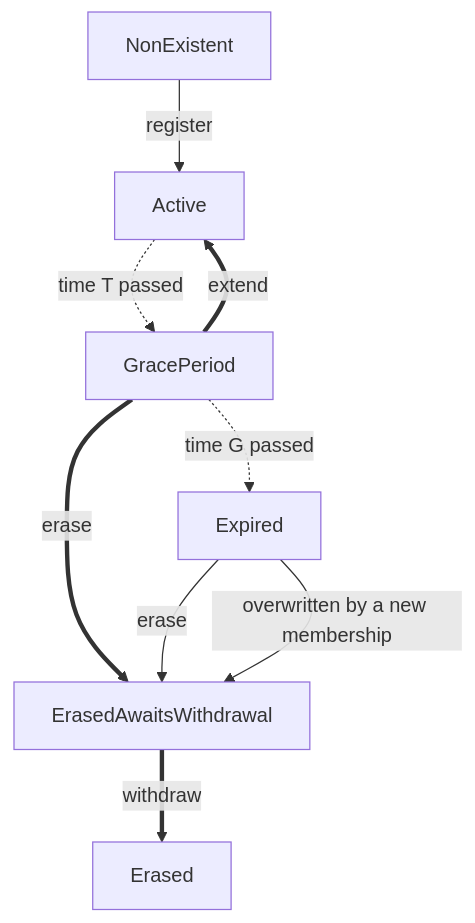
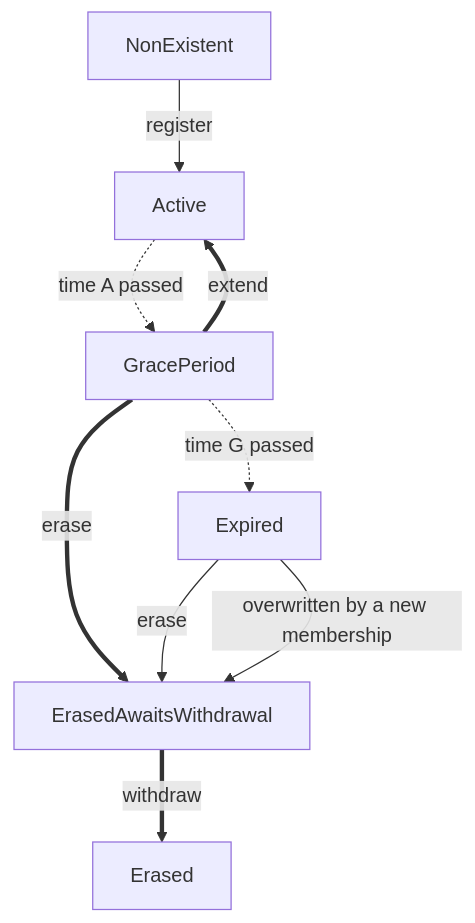
Before and after one commit to waku-org/specs: the diagram in standards/core/rln-contract.md, drawn with Mermaid. The commit also changed other lines of this file, not shown here.

Commit message:
retain remaining grace period time on membership extention

````diff
--- a/standards/core/rln-contract.md
+++ b/standards/core/rln-contract.md
@@ -90,12 +90,12 @@
 ```mermaid
 graph TD;
     NonExistent --> |"register"| Active;
-    Active -.-> |"time T passed"| GracePeriod;
+    Active -.-> |"time A passed"| GracePeriod;
     GracePeriod ==> |"extend"| Active;
     GracePeriod -.-> |"time G passed"| Expired;
     GracePeriod ==> |"erase"| ErasedAwaitsWithdrawal;
     Expired --> |"erase"| ErasedAwaitsWithdrawal;
     Expired --> |"overwritten by a new membership"| ErasedAwaitsWithdrawal;
     ErasedAwaitsWithdrawal ==> |"withdraw"| Erased;
 
 ```
````
